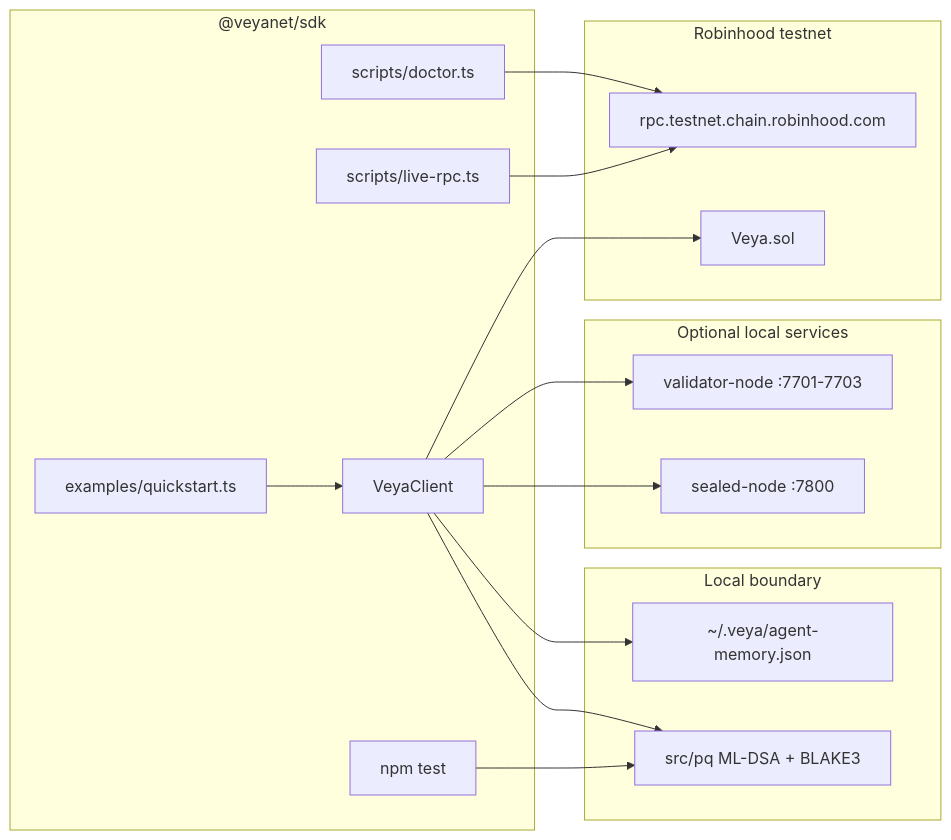
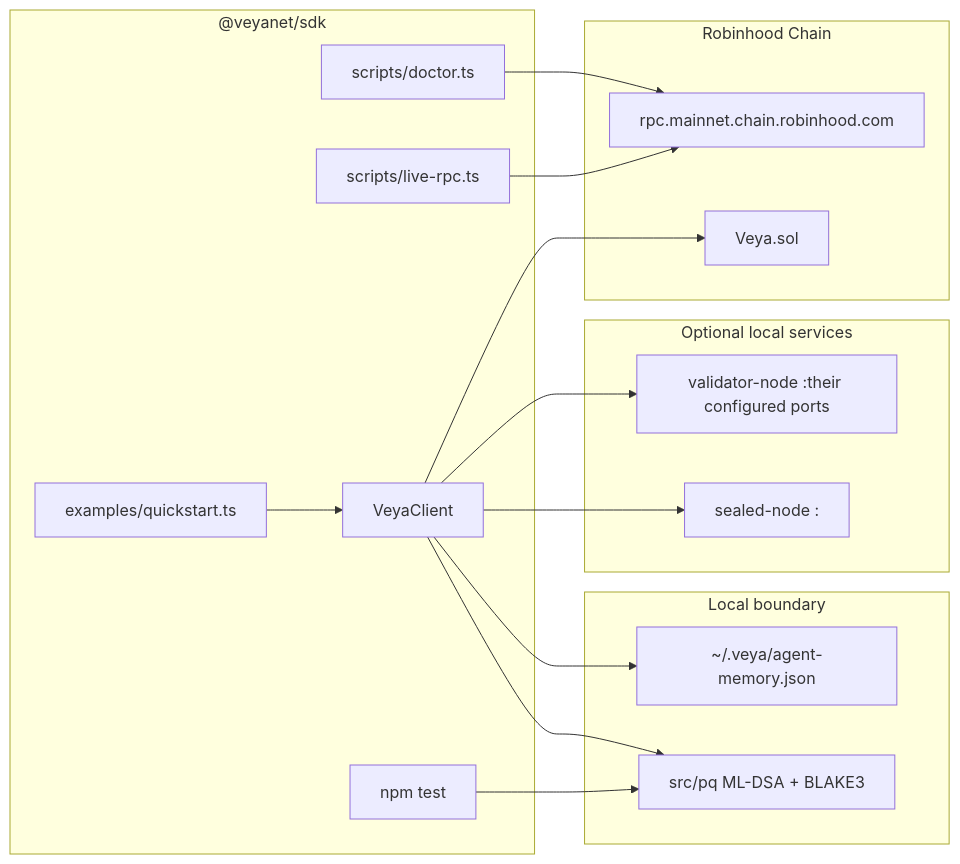
Before and after one commit to veyanet/veya-sdk: the first of 2 diagrams in docs/CLI.md, drawn with Mermaid. The commit also changed other lines of this file, not shown here.

````diff
--- a/docs/CLI.md
+++ b/docs/CLI.md
@@ -101,35 +99,35 @@
 ```mermaid
 flowchart LR
     subgraph Node["@veyanet/sdk"]
         QS["examples/quickstart.ts"]
         DOC["scripts/doctor.ts"]
         LIVE["scripts/live-rpc.ts"]
         TEST["npm test"]
         APP["VeyaClient"]
     end
 
     subgraph Local["Local boundary"]
         MEM["~/.veya/agent-memory.json"]
         PQ["src/pq ML-DSA + BLAKE3"]
     end
 
     subgraph Remote["Optional local services"]
-        Val["validator-node :7701-7703"]
-        Seal["sealed-node :7800"]
+        Val["validator-node :their configured ports"]
+        Seal["sealed-node :<sealed-port>"]
     end
 
-    subgraph Chain["Robinhood testnet"]
-        RPC["rpc.testnet.chain.robinhood.com"]
+    subgraph Chain["Robinhood Chain"]
+        RPC["rpc.mainnet.chain.robinhood.com"]
         VEYA["Veya.sol"]
     end
 
     QS --> APP
     DOC --> RPC
     LIVE --> RPC
     APP --> PQ
     APP --> MEM
     APP --> Val
     APP --> Seal
     APP --> VEYA
     TEST --> PQ
 ```
````
